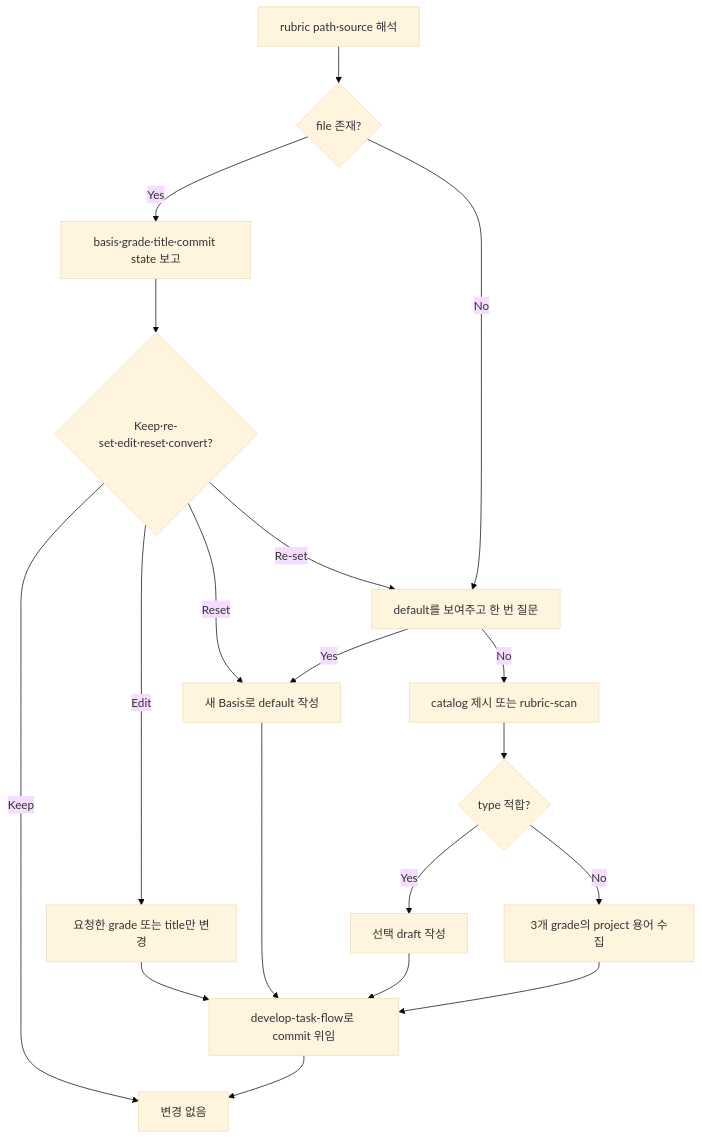
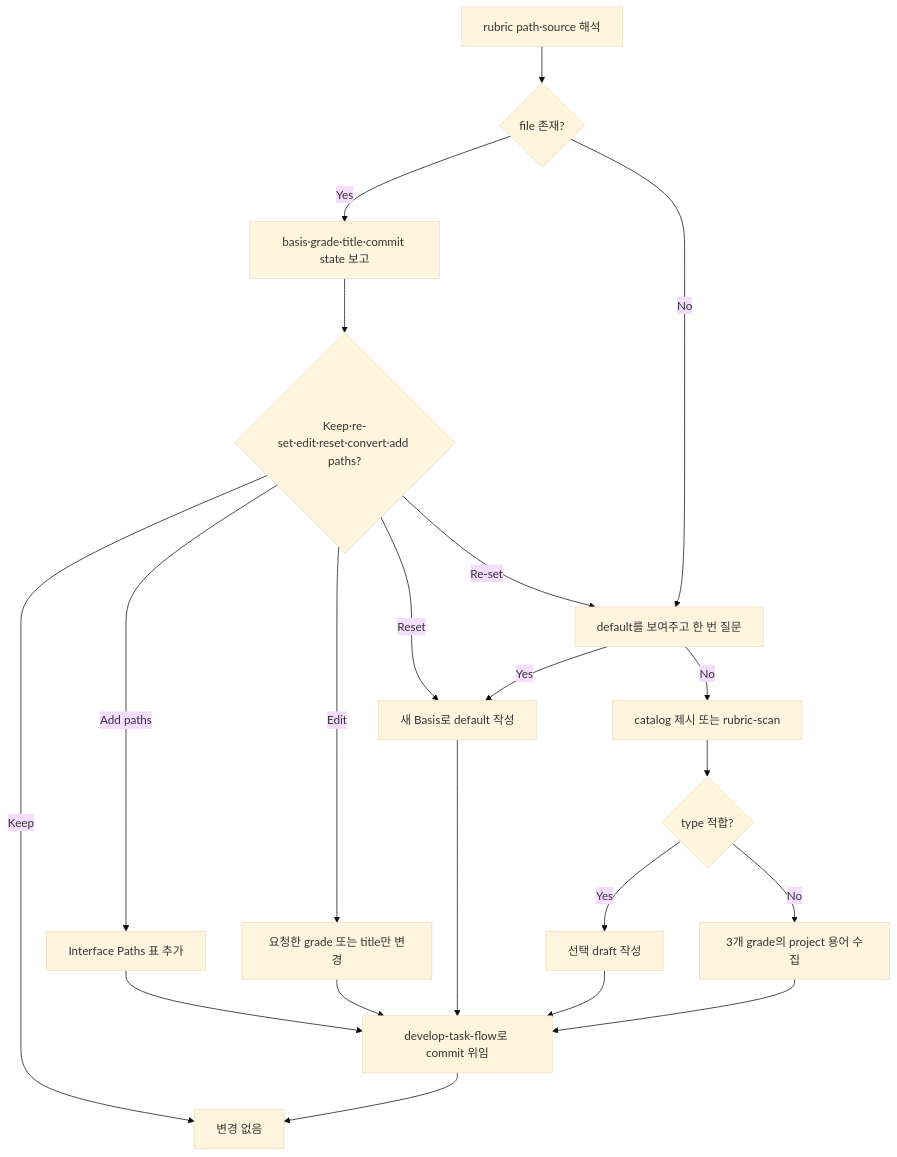
Before and after one commit to 0x0w1/jig: the diagram in docs/ko/skills/version-rubric.md, drawn with Mermaid (base theme). The commit also changed other lines of this file and 123 other files, not shown here.

````diff
--- a/docs/ko/skills/version-rubric.md
+++ b/docs/ko/skills/version-rubric.md
@@ -28,21 +28,23 @@
 ```mermaid
 flowchart TD
     Resolve[rubric path·source 해석] --> Exists{file 존재?}
     Exists -- Yes --> Review[basis·grade·title·commit state 보고]
-    Review --> Intent{Keep·re-set·edit·reset·convert?}
+    Review --> Intent{Keep·re-set·edit·reset·convert·add paths?}
     Intent -- Keep --> Report[변경 없음]
     Intent -- Edit --> Edit[요청한 grade 또는 title만 변경]
+    Intent -- Add paths --> Paths[Interface Paths 표 추가]
     Intent -- Re-set --> Offer[default를 보여주고 한 번 질문]
     Intent -- Reset --> Default[새 Basis로 default 작성]
     Exists -- No --> Offer
     Offer -- Yes --> Default
     Offer -- No --> Catalog[catalog 제시 또는 rubric-scan]
     Catalog --> Fit{type 적합?}
     Fit -- Yes --> Adopt[선택 draft 작성]
     Fit -- No --> Custom[3개 grade의 project 용어 수집]
-    Edit --> Commit[develop-task-flow로 commit 위임]
+    Paths --> Commit[develop-task-flow로 commit 위임]
+    Edit --> Commit
     Default --> Commit
     Adopt --> Commit
     Custom --> Commit
     Commit --> Report
 ```
````
